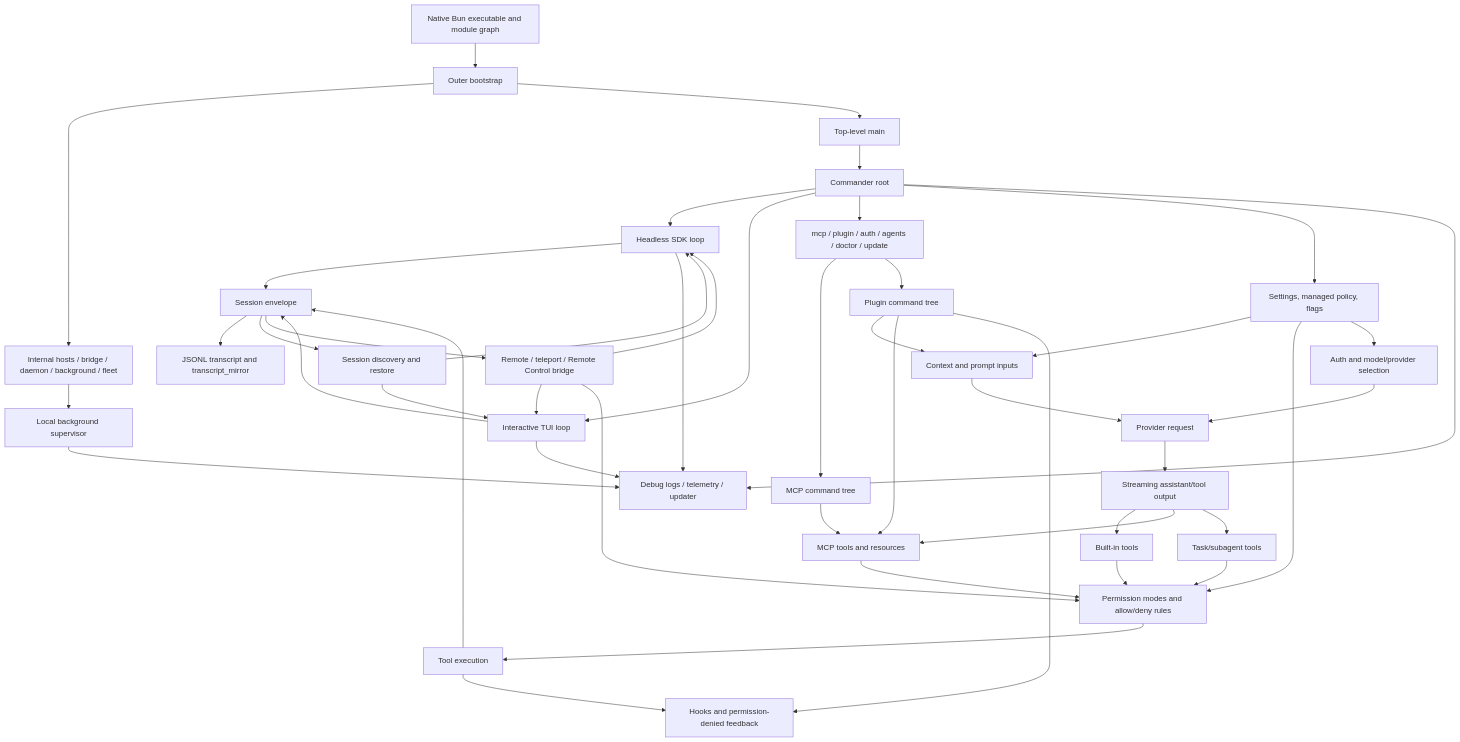
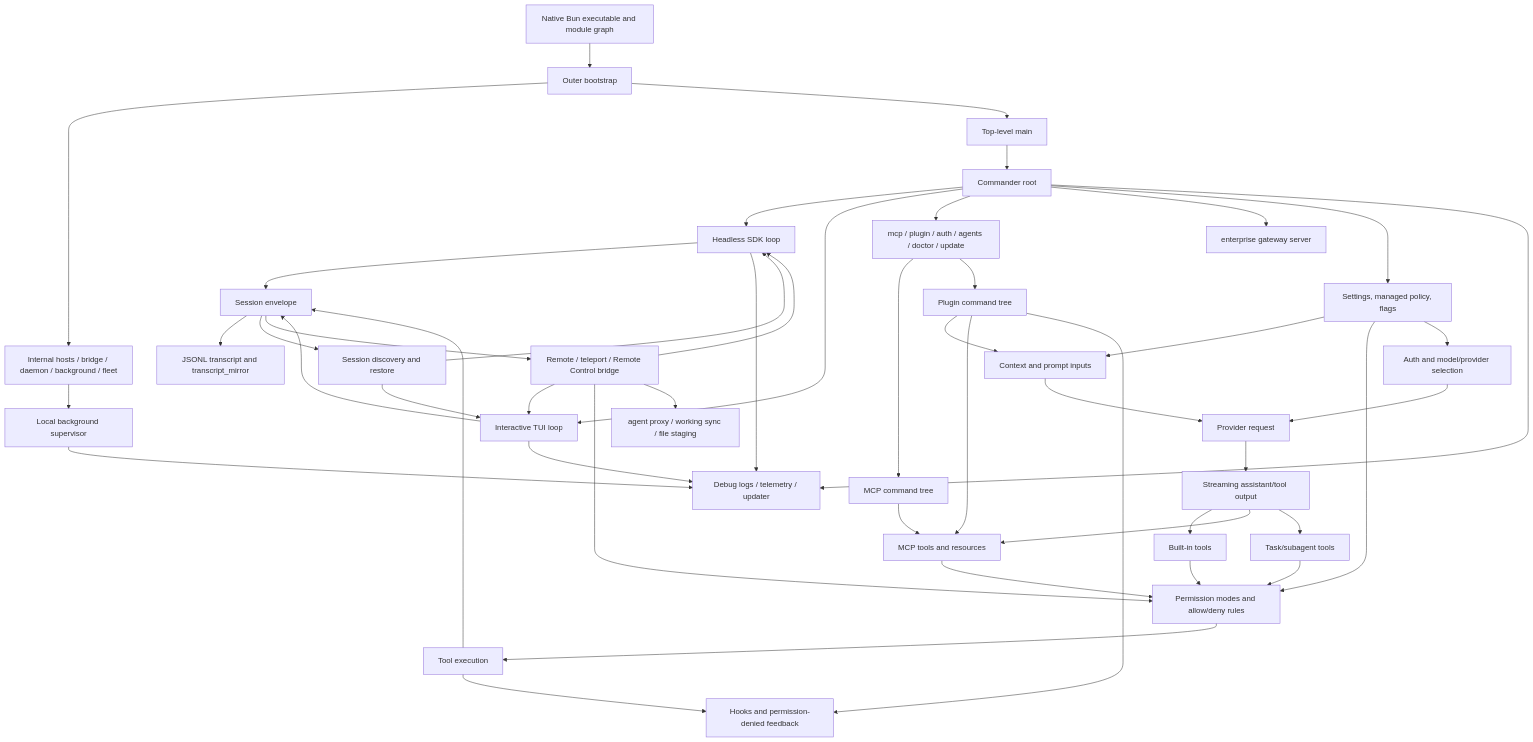
Before and after one commit to vibewatch/claude-code-internals: the first of 3 diagrams in docs/00-start-here/system-architecture.md, drawn with Mermaid. The commit also changed other lines of this file and 34 other files, not shown here.

First line of the commit message:
Add documentation for Enterprise Gateway Server and Disassembled String-Surface Review

````diff
--- a/docs/00-start-here/system-architecture.md
+++ b/docs/00-start-here/system-architecture.md
@@ -56,55 +58,57 @@
 ```mermaid
 flowchart TB
     Bun[Native Bun executable and module graph] --> Bootstrap[Outer bootstrap]
     Bootstrap --> Specialized[Internal hosts / bridge / daemon / background / fleet]
     Bootstrap --> Main[Top-level main]
     Main --> Commander[Commander root]
 
     Commander --> Headless[Headless SDK loop]
     Commander --> Interactive[Interactive TUI loop]
     Commander --> Commands[mcp / plugin / auth / agents / doctor / update]
+    Commander --> Gateway[enterprise gateway server]
     Specialized --> Daemon[Local background supervisor]
 
     Commander --> Settings[Settings, managed policy, flags]
     Settings --> Context[Context and prompt inputs]
     Settings --> Permissions[Permission modes and allow/deny rules]
     Settings --> Providers[Auth and model/provider selection]
 
     Context --> ModelRequest[Provider request]
     Providers --> ModelRequest
     ModelRequest --> ModelStream[Streaming assistant/tool output]
 
     ModelStream --> Tools[Built-in tools]
     ModelStream --> McpTools[MCP tools and resources]
     ModelStream --> Tasks[Task/subagent tools]
     Tools --> Permissions
     McpTools --> Permissions
     Tasks --> Permissions
     Permissions --> ToolExec[Tool execution]
     ToolExec --> Hooks[Hooks and permission-denied feedback]
 
     Commands --> Mcp[MCP command tree]
     Commands --> Plugins[Plugin command tree]
     Mcp --> McpTools
     Plugins --> Context
     Plugins --> McpTools
     Plugins --> Hooks
 
     Headless --> Session[Session envelope]
     Interactive --> Session
     ToolExec --> Session
     Session --> Transcripts[JSONL transcript and transcript_mirror]
     Session --> Restore[Session discovery and restore]
     Restore --> Interactive
     Restore --> Headless
 
     Session --> Remote[Remote / teleport / Remote Control bridge]
     Remote --> Interactive
     Remote --> Headless
     Remote --> Permissions
+    Remote --> RunnerData[agent proxy / working sync / file staging]
 
     Commander --> Ops[Debug logs / telemetry / updater]
     Headless --> Ops
     Interactive --> Ops
     Daemon --> Ops
 ```
````
